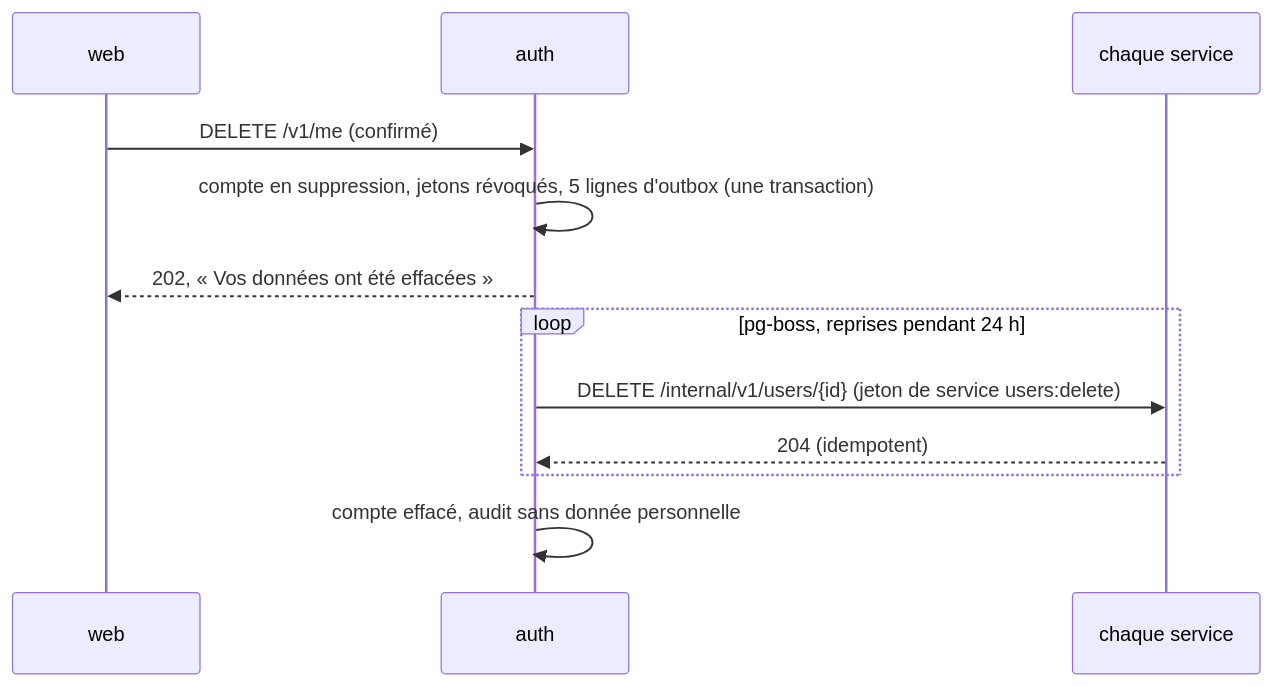
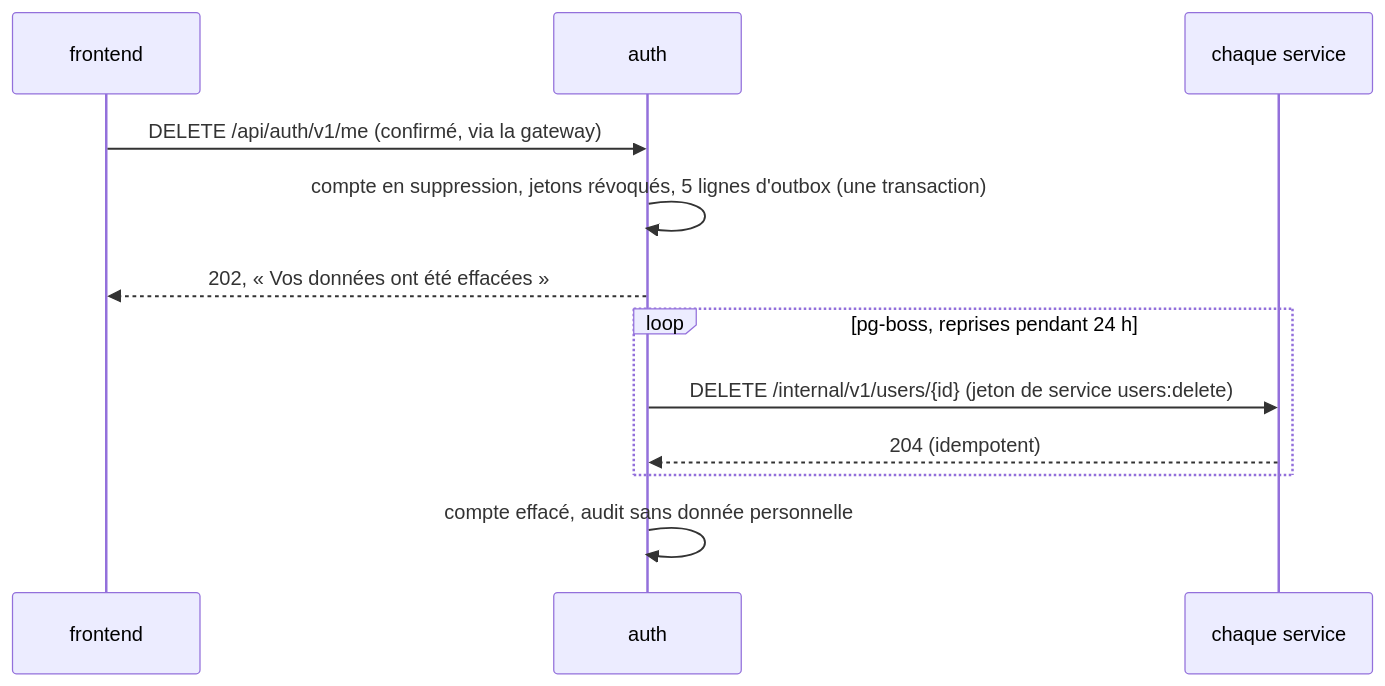
One commit to SafoueneN/Attesta changed the third of 4 diagrams in docs/architecture.md. Above: the diagram before and after it, drawn with Mermaid. The commit also changed other lines of this file and 12 other files, not shown here.

````diff
--- a/docs/architecture.md
+++ b/docs/architecture.md
@@ -81,14 +80,14 @@
 ```mermaid
 sequenceDiagram
-  participant W as web
+  participant W as frontend
   participant A as auth
   participant S as chaque service
-  W->>A: DELETE /v1/me (confirmé)
+  W->>A: DELETE /api/auth/v1/me (confirmé, via la gateway)
   A->>A: compte en suppression, jetons révoqués, 5 lignes d'outbox (une transaction)
   A-->>W: 202, « Vos données ont été effacées »
   loop pg-boss, reprises pendant 24 h
     A->>S: DELETE /internal/v1/users/{id} (jeton de service users:delete)
     S-->>A: 204 (idempotent)
   end
   A->>A: compte effacé, audit sans donnée personnelle
 ```
````
